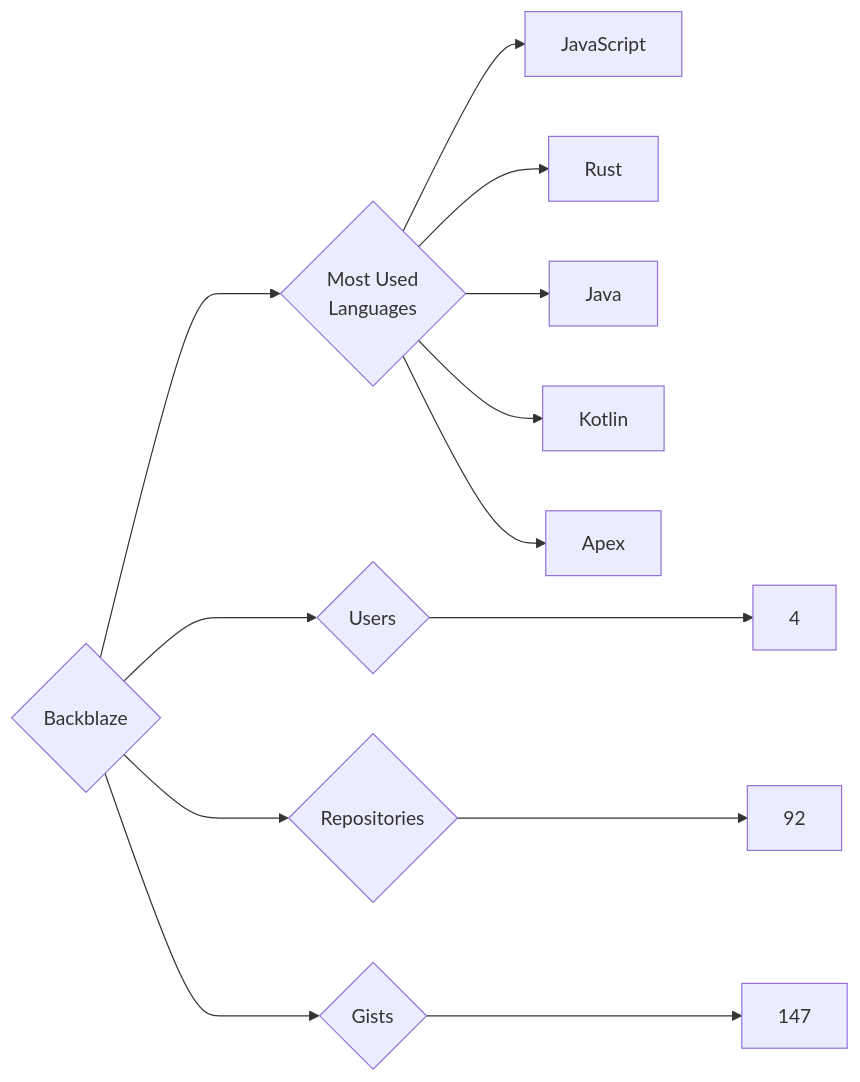
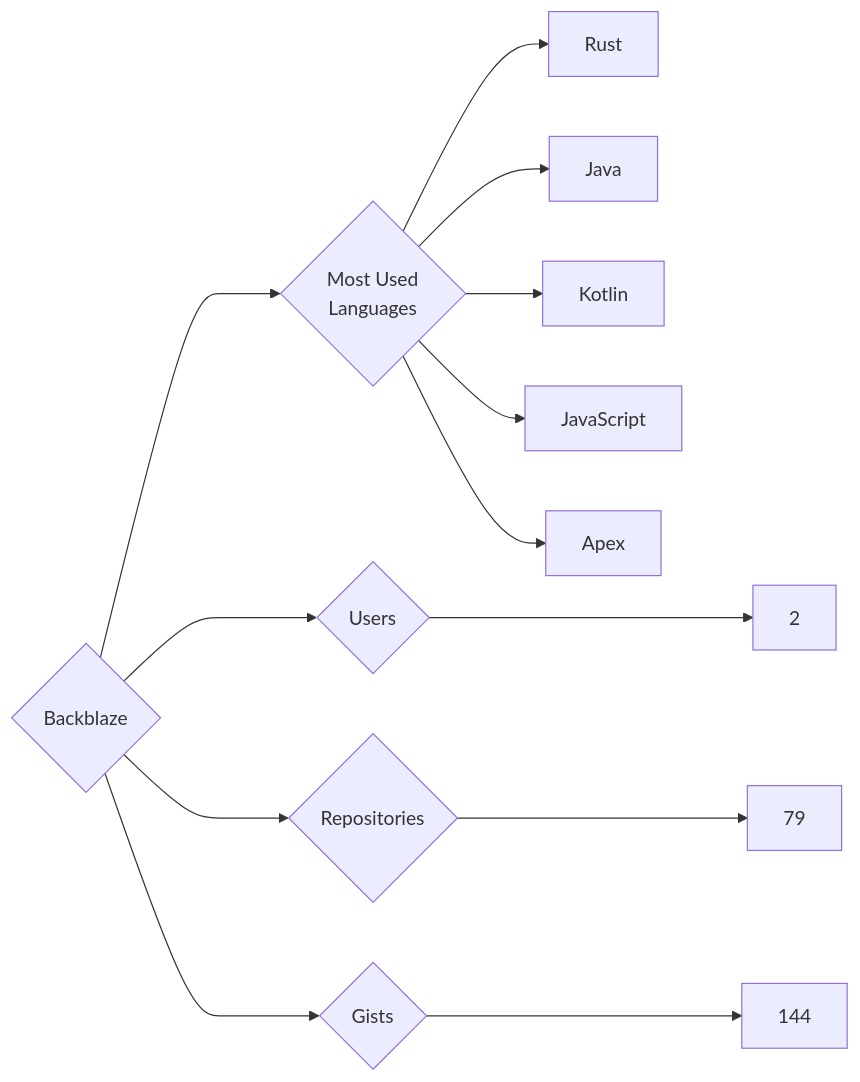
One commit to trickest/insiders changed the diagram in targets/Backblaze/README.md. Above: the diagram before and after it, drawn with Mermaid. The commit also changed 782 other files, not shown here.

````diff
--- a/targets/Backblaze/README.md
+++ b/targets/Backblaze/README.md
@@ -3,13 +3,13 @@
 ```mermaid
 graph LR
 COMPANY_NAME{Backblaze}
-COMPANY_NAME ---> U{Users} ---> UN[4]
-COMPANY_NAME ---> R{Repositories} ---> RN[92]
-COMPANY_NAME ---> G{Gists} ---> GN[147]
+COMPANY_NAME ---> U{Users} ---> UN[2]
+COMPANY_NAME ---> R{Repositories} ---> RN[79]
+COMPANY_NAME ---> G{Gists} ---> GN[144]
 COMPANY_NAME ---> ML{Most Used<br>Languages}
-ML --> JavaScript[JavaScript]
 ML --> Rust[Rust]
 ML --> Java[Java]
 ML --> Kotlin[Kotlin]
+ML --> JavaScript[JavaScript]
 ML --> Apex[Apex]
 ```
````
